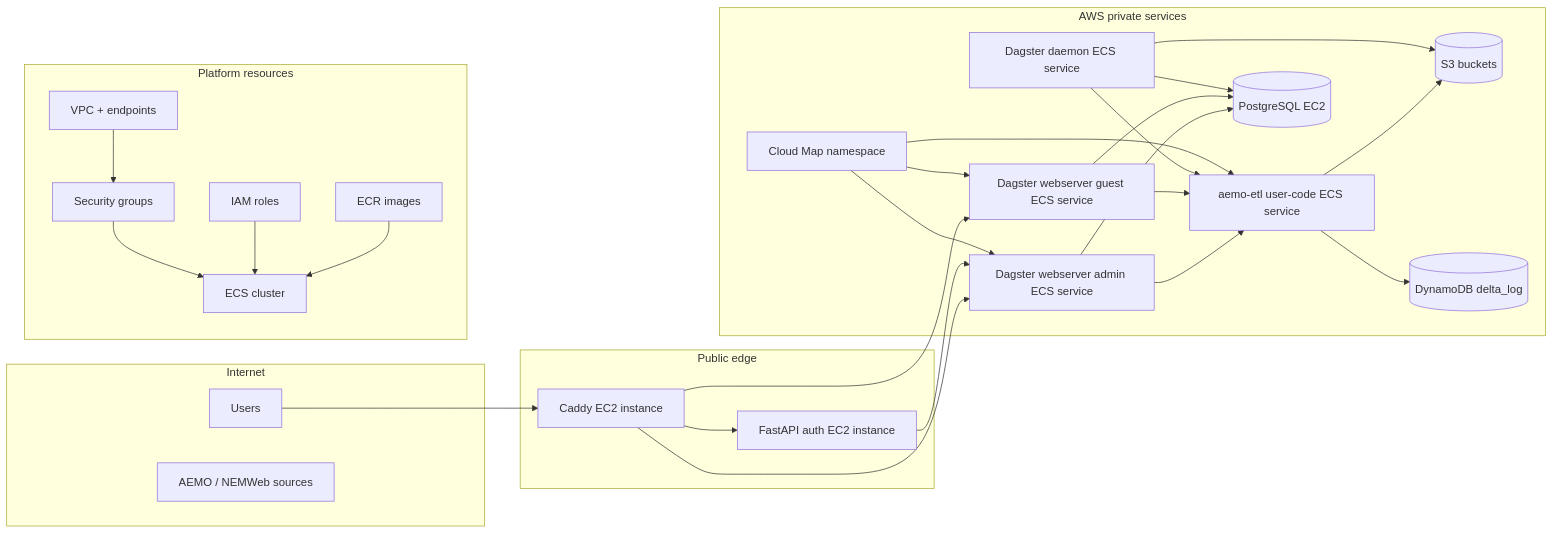
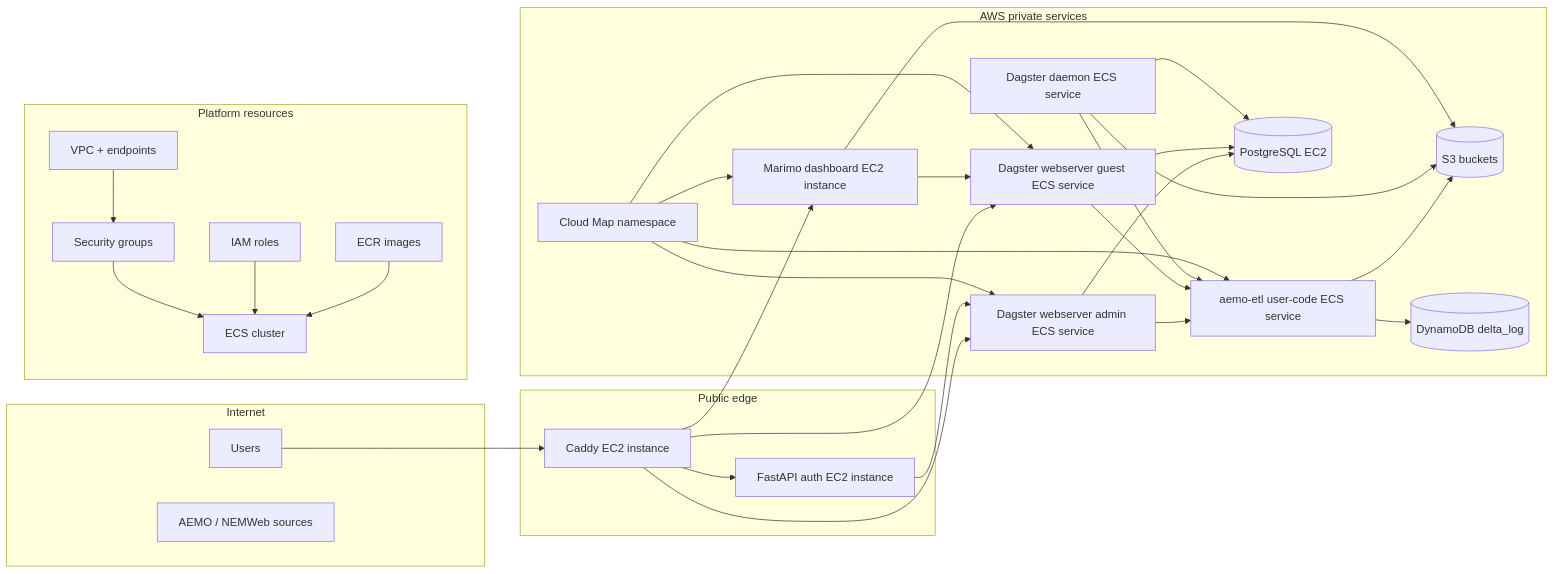
One commit to Chr1sC0de/energy-market-delta-lake changed the diagram in infrastructure/aws-pulumi/README.md. Above: the diagram before and after it, drawn with Mermaid. The commit also changed other lines of this file and 44 other files, not shown here.

Commit message:
Deploy Marimo dashboard on AWS

````diff
--- a/infrastructure/aws-pulumi/README.md
+++ b/infrastructure/aws-pulumi/README.md
@@ -41,53 +42,58 @@
 ```mermaid
 flowchart LR
   subgraph Internet[Internet]
     U[Users]
     S[AEMO / NEMWeb sources]
   end
 
   subgraph Edge[Public edge]
     C[Caddy EC2 instance]
     A[FastAPI auth EC2 instance]
   end
 
   subgraph AWS[AWS private services]
     W[Dagster webserver admin ECS service]
     G[Dagster webserver guest ECS service]
     D[Dagster daemon ECS service]
     UCODE[aemo-etl user-code ECS service]
+    MO[Marimo dashboard EC2 instance]
     P[(PostgreSQL EC2)]
     B[(S3 buckets)]
     L[(DynamoDB delta_log)]
     M[Cloud Map namespace]
   end
 
   subgraph Platform[Platform resources]
     V[VPC + endpoints]
     SG[Security groups]
     IAM[IAM roles]
     E[ECR images]
     ECS[ECS cluster]
   end
 
   U --> C
   C --> A
   C --> W
   C --> G
+  C --> MO
   A --> W
   W --> UCODE
   G --> UCODE
+  MO --> G
   D --> UCODE
   UCODE --> B
   D --> B
+  MO --> B
   UCODE --> L
   W --> P
   G --> P
   D --> P
   M --> UCODE
   M --> W
   M --> G
+  M --> MO
   V --> SG
   SG --> ECS
   IAM --> ECS
   E --> ECS
 ```
````
